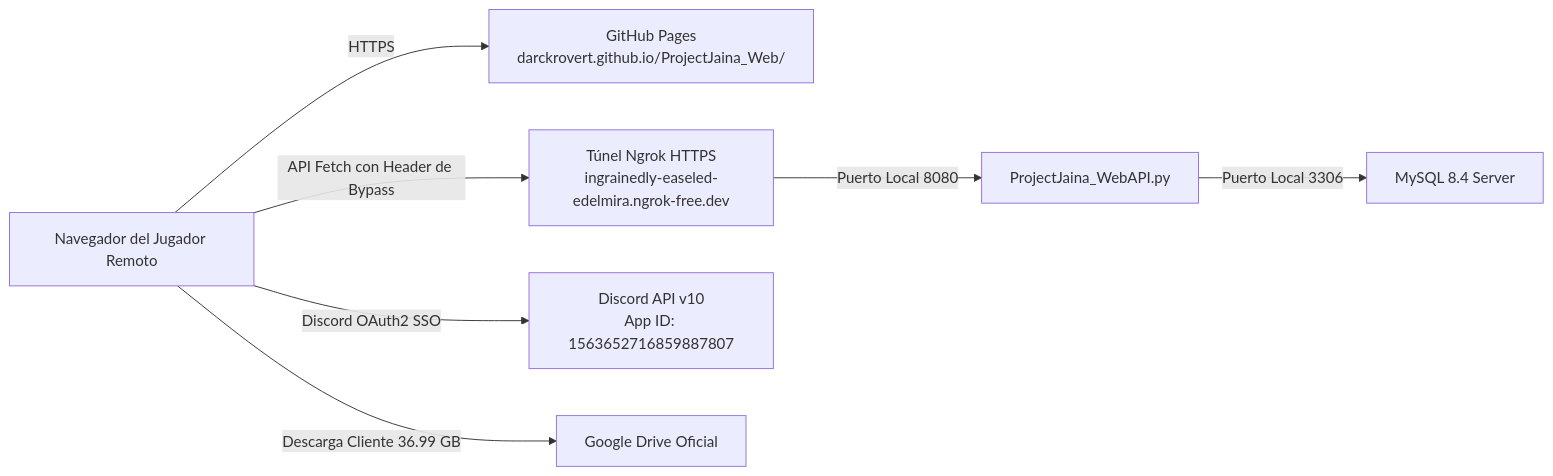
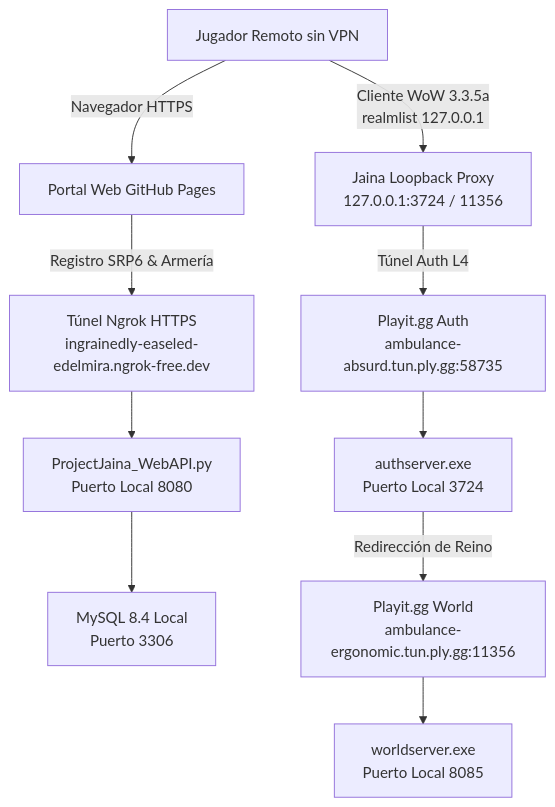
The diagram in GOVERNANCE.md (DarckRovert/ProjectJaina_Web), drawn with Mermaid before and after one commit. The commit also changed other lines of this file and 1 other file, not shown here.

````diff
--- a/GOVERNANCE.md
+++ b/GOVERNANCE.md
@@ -24,9 +67,14 @@
 ```mermaid
-flowchart LR
-    Browser[Navegador del Jugador Remoto] -->|HTTPS| GHPages[GitHub Pages<br/>darckrovert.github.io/ProjectJaina_Web/]
-    Browser -->|API Fetch con Header de Bypass| Ngrok[Túnel Ngrok HTTPS<br/>ingrainedly-easeled-edelmira.ngrok-free.dev]
-    Ngrok -->|Puerto Local 8080| WebAPI[ProjectJaina_WebAPI.py]
-    WebAPI -->|Puerto Local 3306| MySQL[MySQL 8.4 Server]
-    Browser -->|Discord OAuth2 SSO| Discord[Discord API v10<br/>App ID: 1563652716859887807]
-    Browser -->|Descarga Cliente 36.99 GB| GDrive[Google Drive Oficial]
+flowchart TD
+    Player[Jugador Remoto sin VPN] -->|Navegador HTTPS| GHPages[Portal Web GitHub Pages]
+    GHPages -->|Registro SRP6 & Armería| Ngrok[Túnel Ngrok HTTPS<br/>ingrainedly-easeled-edelmira.ngrok-free.dev]
+    Ngrok --> WebAPI[ProjectJaina_WebAPI.py<br/>Puerto Local 8080]
+    WebAPI --> MySQL[MySQL 8.4 Local<br/>Puerto 3306]
+
+    Player -->|Cliente WoW 3.3.5a<br/>realmlist 127.0.0.1| LoopbackProxy[Jaina Loopback Proxy<br/>127.0.0.1:3724 / 11356]
+    LoopbackProxy -->|Túnel Auth L4| PlayitAuth[Playit.gg Auth<br/>ambulance-absurd.tun.ply.gg:58735]
+    PlayitAuth --> AuthLocal[authserver.exe<br/>Puerto Local 3724]
+
+    AuthLocal -->|Redirección de Reino| PlayitWorld[Playit.gg World<br/>ambulance-ergonomic.tun.ply.gg:11356]
+    PlayitWorld --> WorldLocal[worldserver.exe<br/>Puerto Local 8085]
 ```
````
